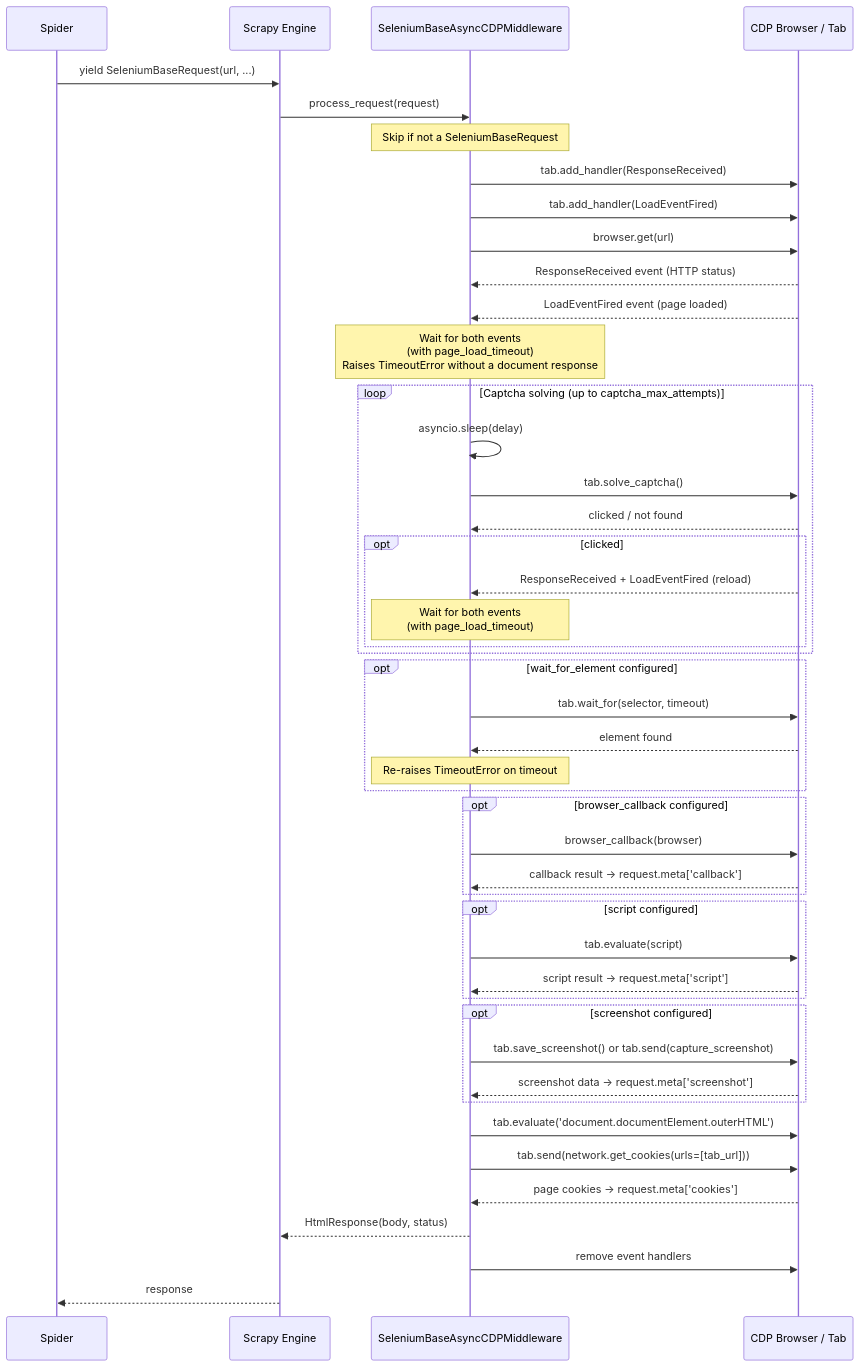
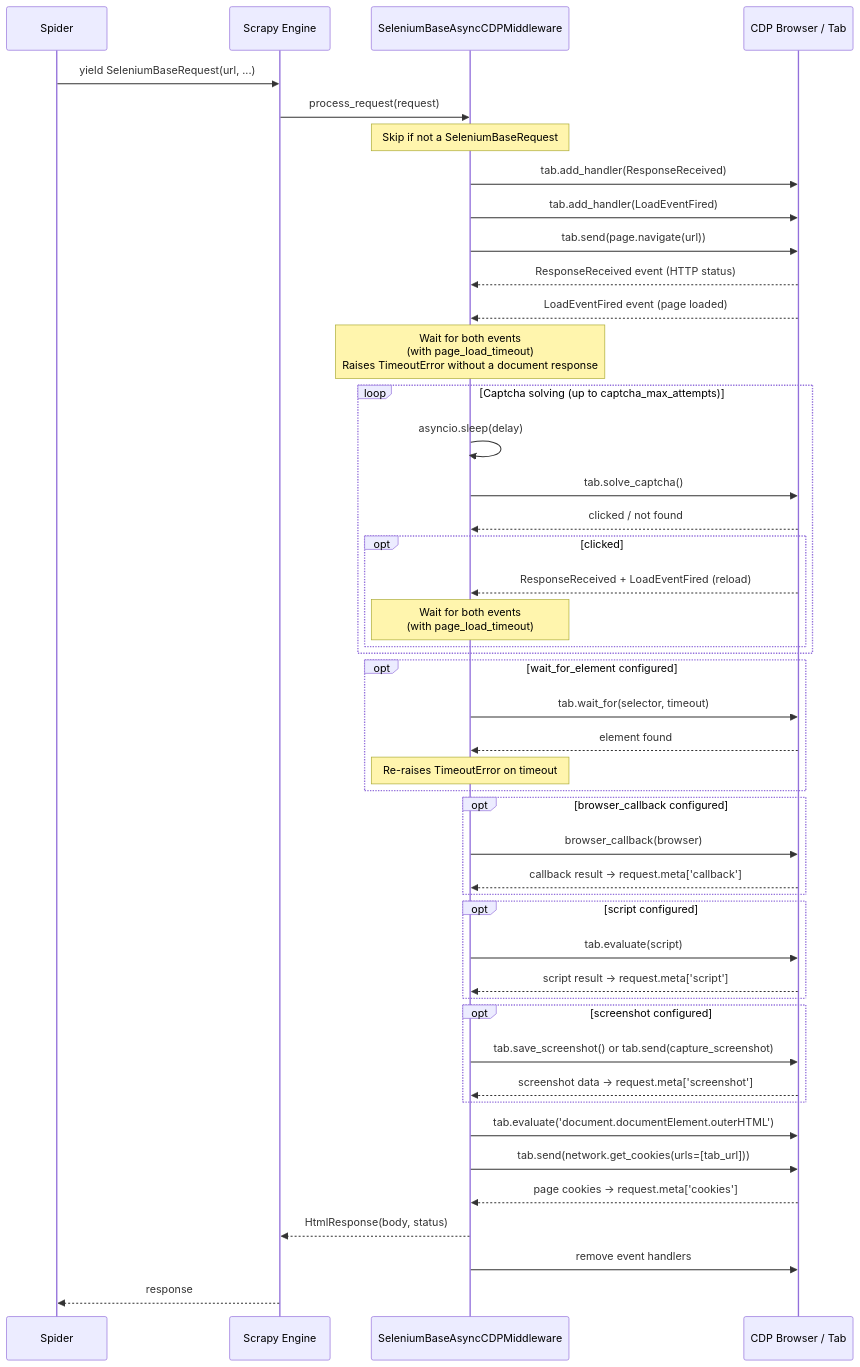
The diagram in docs/ARCHITECTURE.md (nyg/scrapy-seleniumbase-cdp), drawn with Mermaid before and after one commit. The commit also changed other lines of this file and 4 other files, not shown here.

Commit message:
fix: load every request in the tab the middleware listens on instead of the browser's most recent target (#88)

````diff
--- a/docs/ARCHITECTURE.md
+++ b/docs/ARCHITECTURE.md
@@ -12,61 +12,61 @@
 ```mermaid
 sequenceDiagram
     participant Spider
     participant Engine as Scrapy Engine
     participant MW as SeleniumBaseAsyncCDPMiddleware
     participant Browser as CDP Browser / Tab
 
     Spider->>Engine: yield SeleniumBaseRequest(url, ...)
     Engine->>MW: process_request(request)
 
     Note over MW: Skip if not a SeleniumBaseRequest
 
     MW->>Browser: tab.add_handler(ResponseReceived)
     MW->>Browser: tab.add_handler(LoadEventFired)
 
-    MW->>Browser: browser.get(url)
+    MW->>Browser: tab.send(page.navigate(url))
     Browser-->>MW: ResponseReceived event (HTTP status)
     Browser-->>MW: LoadEventFired event (page loaded)
 
     Note over MW: Wait for both events<br/>(with page_load_timeout)<br/>Raises TimeoutError without a document response
 
     loop Captcha solving (up to captcha_max_attempts)
         MW->>MW: asyncio.sleep(delay)
         MW->>Browser: tab.solve_captcha()
         Browser-->>MW: clicked / not found
         opt clicked
             Browser-->>MW: ResponseReceived + LoadEventFired (reload)
             Note over MW: Wait for both events<br/>(with page_load_timeout)
         end
     end
 
     opt wait_for_element configured
         MW->>Browser: tab.wait_for(selector, timeout)
         Browser-->>MW: element found
         Note over MW: Re-raises TimeoutError on timeout
     end
 
     opt browser_callback configured
         MW->>Browser: browser_callback(browser)
         Browser-->>MW: callback result → request.meta['callback']
     end
 
     opt script configured
         MW->>Browser: tab.evaluate(script)
         Browser-->>MW: script result → request.meta['script']
     end
 
     opt screenshot configured
         MW->>Browser: tab.save_screenshot() or tab.send(capture_screenshot)
         Browser-->>MW: screenshot data → request.meta['screenshot']
     end
 
     MW->>Browser: tab.evaluate('document.documentElement.outerHTML')
     MW->>Browser: tab.send(network.get_cookies(urls=[tab_url]))
     Browser-->>MW: page cookies → request.meta['cookies']
     MW-->>Engine: HtmlResponse(body, status)
 
     MW->>Browser: remove event handlers
 
     Engine-->>Spider: response
 ```
````
